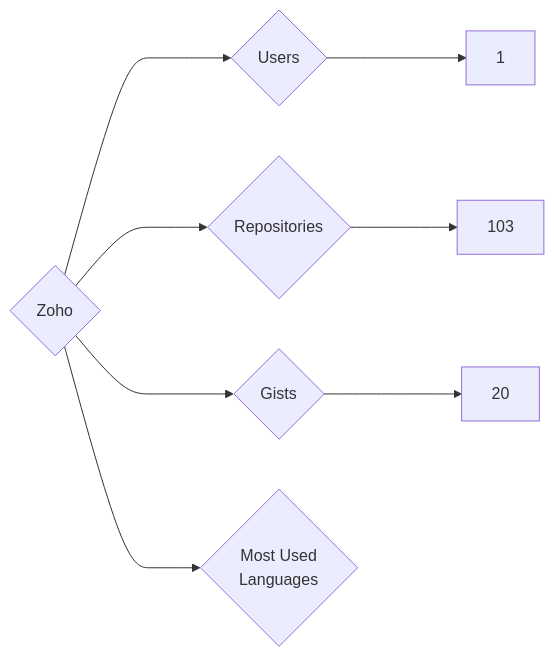
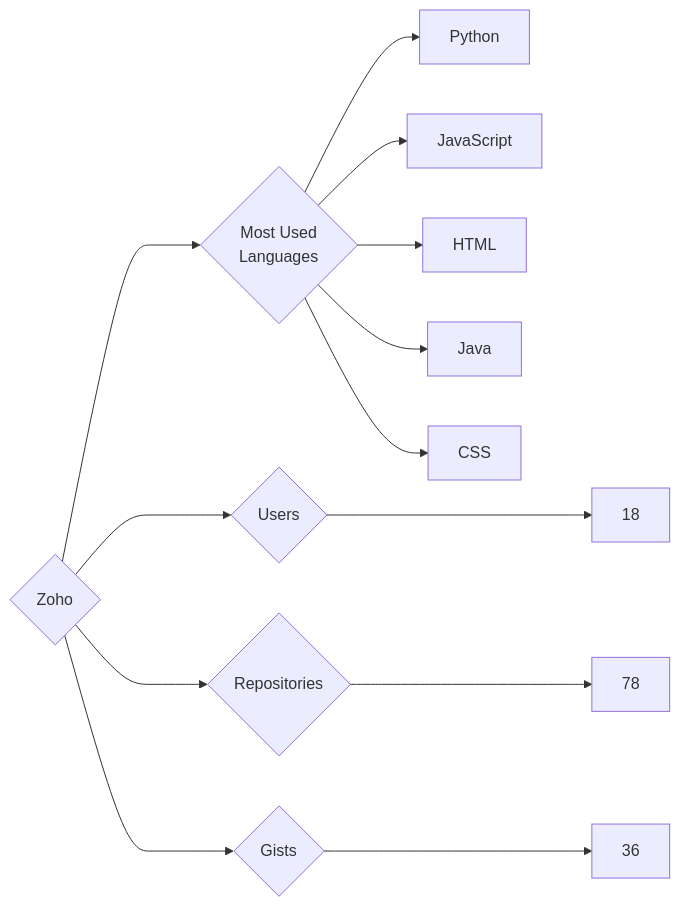
One commit to trickest/insiders changed the diagram in targets/Zoho/README.md. Above: the diagram before and after it, drawn with Mermaid. The commit also changed 715 other files, not shown here.

````diff
--- a/targets/Zoho/README.md
+++ b/targets/Zoho/README.md
@@ -3,8 +3,13 @@
 ```mermaid
 graph LR
 COMPANY_NAME{Zoho}
-COMPANY_NAME ---> U{Users} ---> UN[1]
-COMPANY_NAME ---> R{Repositories} ---> RN[103]
-COMPANY_NAME ---> G{Gists} ---> GN[20]
+COMPANY_NAME ---> U{Users} ---> UN[18]
+COMPANY_NAME ---> R{Repositories} ---> RN[78]
+COMPANY_NAME ---> G{Gists} ---> GN[36]
 COMPANY_NAME ---> ML{Most Used<br>Languages}
+ML --> Python[Python]
+ML --> JavaScript[JavaScript]
+ML --> HTML[HTML]
+ML --> Java[Java]
+ML --> CSS[CSS]
 ```
````
